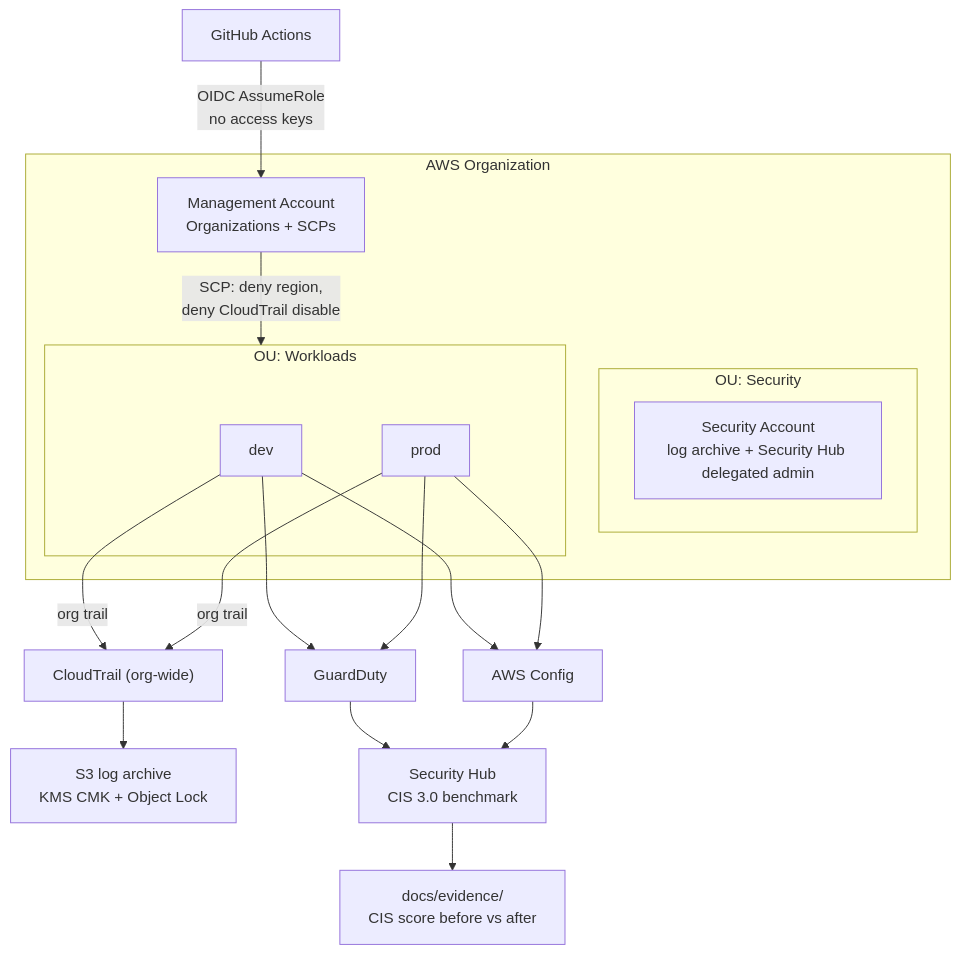
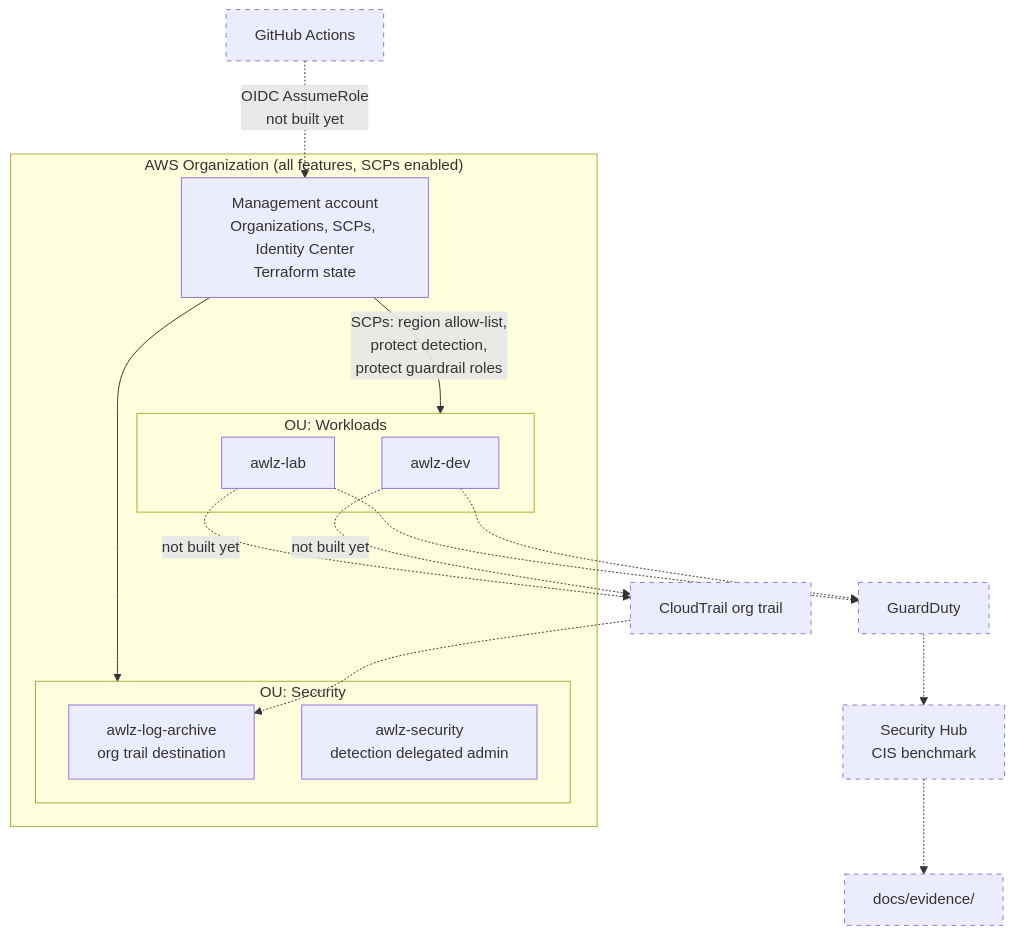
One commit to PontoPe/AwLZ changed the diagram in README.md. Above: the diagram before and after it, drawn with Mermaid. The commit also changed other lines of this file and 1 other file, not shown here.

````diff
--- a/README.md
+++ b/README.md
@@ -15,21 +17,25 @@
 ```mermaid
 flowchart TB
-    subgraph ORG["AWS Organization"]
-        ROOT["Management Account<br/>Organizations + SCPs"]
+    subgraph ORG["AWS Organization (all features, SCPs enabled)"]
+        MGMT["Management account<br/>Organizations, SCPs, Identity Center<br/>Terraform state"]
         subgraph OU_SEC["OU: Security"]
-            SEC["Security Account<br/>log archive + Security Hub delegated admin"]
+            LOG["awlz-log-archive<br/>org trail destination"]
+            SEC["awlz-security<br/>detection delegated admin"]
         end
         subgraph OU_WL["OU: Workloads"]
-            DEV["dev"]
-            PRD["prod"]
+            DEV["awlz-dev"]
+            LAB["awlz-lab"]
         end
     end
 
-    GHA["GitHub Actions"] -->|OIDC AssumeRole<br/>no access keys| ROOT
-    ROOT -->|SCP: deny region,<br/>deny CloudTrail disable| OU_WL
-    DEV & PRD -->|org trail| TRAIL["CloudTrail (org-wide)"]
-    TRAIL --> S3["S3 log archive<br/>KMS CMK + Object Lock"]
-    DEV & PRD --> GD["GuardDuty"] --> SHUB["Security Hub<br/>CIS 3.0 benchmark"]
-    DEV & PRD --> CFG["AWS Config"] --> SHUB
-    SHUB --> EVID["docs/evidence/<br/>CIS score before vs after"]
+    GHA["GitHub Actions"] -.->|OIDC AssumeRole<br/>not built yet| MGMT
+    MGMT -->|"SCPs: region allow-list,<br/>protect detection,<br/>protect guardrail roles"| OU_WL
+    MGMT --> OU_SEC
+    DEV & LAB -.->|not built yet| TRAIL["CloudTrail org trail"]
+    TRAIL -.-> LOG
+    DEV & LAB -.-> GD["GuardDuty"] -.-> SHUB["Security Hub<br/>CIS benchmark"]
+    SHUB -.-> EVID["docs/evidence/"]
+
+    classDef todo stroke-dasharray: 5 5
+    class GHA,TRAIL,GD,SHUB,EVID todo
 ```
````
